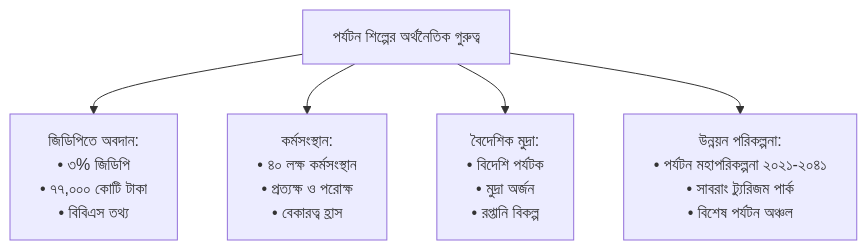
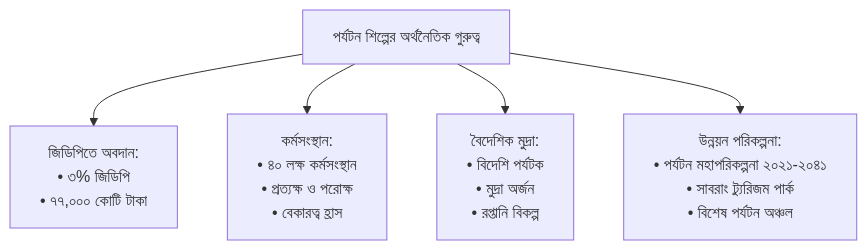
One commit to hasibulhasan1542/Obsidian changed the second of 22 diagrams in Bangla/রচনা.md. Above: the diagram before and after it, drawn with Mermaid. The commit also changed other lines of this file and 1 other file, not shown here.

````diff
--- a/Bangla/রচনা.md
+++ b/Bangla/রচনা.md
@@ -64,22 +64,21 @@
 ```mermaid
 flowchart TD
     T[পর্যটন শিল্পের অর্থনৈতিক গুরুত্ব] --> G1["জিডিপিতে অবদান:
     • ৩% জিডিপি
-    • ৭৭,০০০ কোটি টাকা
-    • বিবিএস তথ্য"]
+    • ৭৭,০০০ কোটি টাকা"]
     
     T --> E1["কর্মসংস্থান:
     • ৪০ লক্ষ কর্মসংস্থান
     • প্রত্যক্ষ ও পরোক্ষ
     • বেকারত্ব হ্রাস"]
     
     T --> F1["বৈদেশিক মুদ্রা:
     • বিদেশি পর্যটক
     • মুদ্রা অর্জন
     • রপ্তানি বিকল্প"]
     
     T --> D1["উন্নয়ন পরিকল্পনা:
     • পর্যটন মহাপরিকল্পনা ২০২১-২০৪১
     • সাবরাং ট্যুরিজম পার্ক
     • বিশেষ পর্যটন অঞ্চল"]
 ```
````
